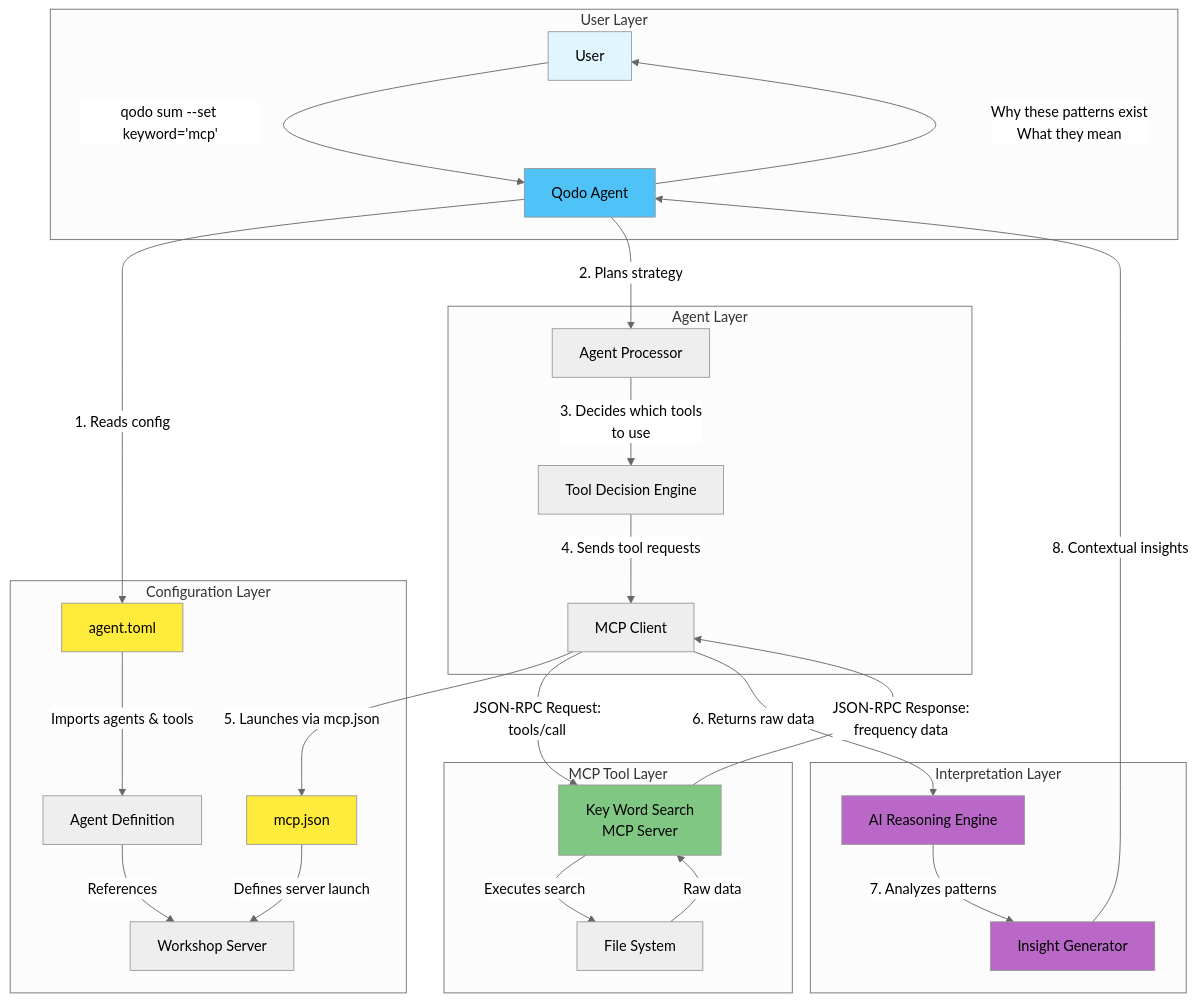
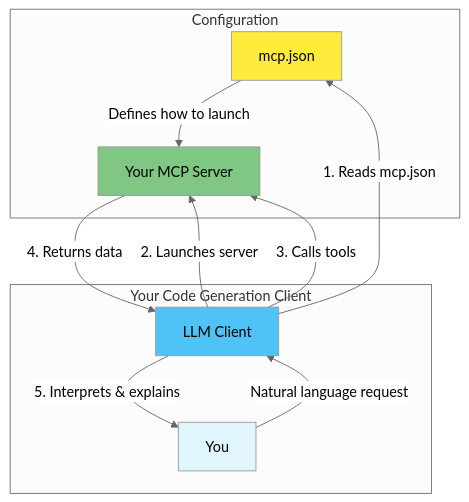
Before and after one commit to David-Parry/agent-mcp-workshop: the second of 3 diagrams in lesson/05-overview.md, drawn with Mermaid (neutral theme). The commit also changed other lines of this file and 3 other files, not shown here.

Commit message:
Update lesson 5 to focus on live LLM integration instead of Qodo agent configuration

````diff
--- a/lesson/05-overview.md
+++ b/lesson/05-overview.md
@@ -16,42 +38,20 @@
 ```mermaid
 graph TB
-    subgraph "Configuration Layer"
-        MCF[mcp.json] -->|"Defines server launch"| WS[Workshop Server]
-        ATF[agent.toml] -->|"Imports agents & tools"| AG[Agent Definition]
-        AG -->|"References"| WS
+    subgraph "Configuration"
+        MCF[mcp.json] -->|"Defines how to launch"| WS[Your MCP Server]
     end
-    
-    subgraph "User Layer"
-        U[User] -->|"qodo sum --set keyword='mcp'"| QA[Qodo Agent]
+
+    subgraph "Your Code Generation Client"
+        U[You] -->|"Natural language request"| LLM[LLM Client]
+        LLM -->|"1. Reads mcp.json"| MCF
+        LLM -->|"2. Launches server"| WS
+        LLM -->|"3. Calls tools"| WS
+        WS -->|"4. Returns data"| LLM
+        LLM -->|"5. Interprets & explains"| U
     end
-    
-    subgraph "Agent Layer"
-        QA -->|"1. Reads config"| ATF
-        QA -->|"2. Plans strategy"| AP[Agent Processor]
-        AP -->|"3. Decides which tools<br/>to use"| TD[Tool Decision Engine]
-        TD -->|"4. Sends tool requests"| MCP
-    end
-    
-    subgraph "MCP Tool Layer"
-        MCP[MCP Client] -->|"5. Launches via mcp.json"| MCF
-        MCP -->|"JSON-RPC Request:<br/>tools/call"| KS[Key Word Search<br/>MCP Server]
-        KS -->|"Executes search"| FS[File System]
-        FS -->|"Raw data"| KS
-        KS -->|"JSON-RPC Response:<br/>frequency data"| MCP
-    end
-    
-    subgraph "Interpretation Layer"
-        MCP -->|"6. Returns raw data"| AI[AI Reasoning Engine]
-        AI -->|"7. Analyzes patterns"| IC[Insight Generator]
-        IC -->|"8. Contextual insights"| QA
-        QA -->|"Why these patterns exist<br/>What they mean"| U
-    end
-    
+
     style U fill:#e1f5fe
-    style QA fill:#4fc3f7
-    style KS fill:#81c784
-    style AI fill:#ba68c8
-    style IC fill:#ba68c8
+    style LLM fill:#4fc3f7
+    style WS fill:#81c784
     style MCF fill:#ffeb3b
-    style ATF fill:#ffeb3b
 ```
````
